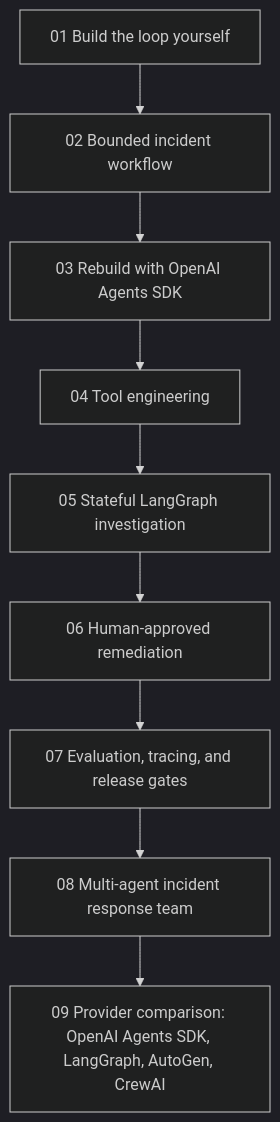
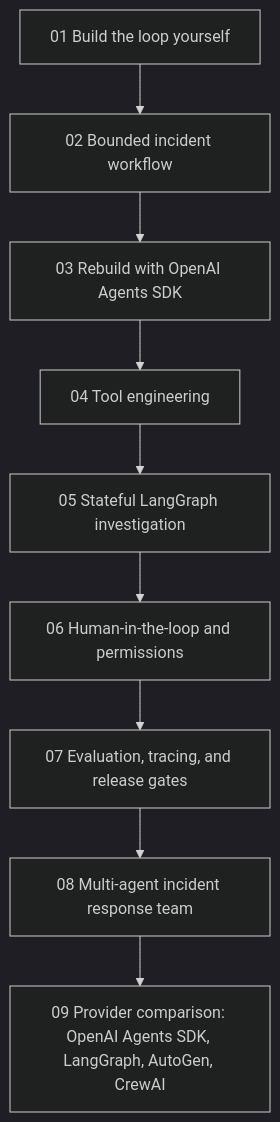
One commit to mahsa-teimourikia/awesome-ai-agents changed the diagram in docs/agentops-lab.md. Above: the diagram before and after it, drawn with Mermaid (dark theme). The commit also changed other lines of this file and 7 other files, not shown here.

````diff
--- a/docs/agentops-lab.md
+++ b/docs/agentops-lab.md
@@ -34,11 +35,11 @@
 ```mermaid
 flowchart TD
     N1["01 Build the loop yourself"] --> N2["02 Bounded incident workflow"]
     N2 --> N3["03 Rebuild with OpenAI Agents SDK"]
     N3 --> N4["04 Tool engineering"]
     N4 --> N5["05 Stateful LangGraph investigation"]
-    N5 --> N6["06 Human-approved remediation"]
+    N5 --> N6["06 Human-in-the-loop and permissions"]
     N6 --> N7["07 Evaluation, tracing, and release gates"]
     N7 --> N8["08 Multi-agent incident response team"]
     N8 --> N9["09 Provider comparison: OpenAI Agents SDK, LangGraph, AutoGen, CrewAI"]
 ```
````
